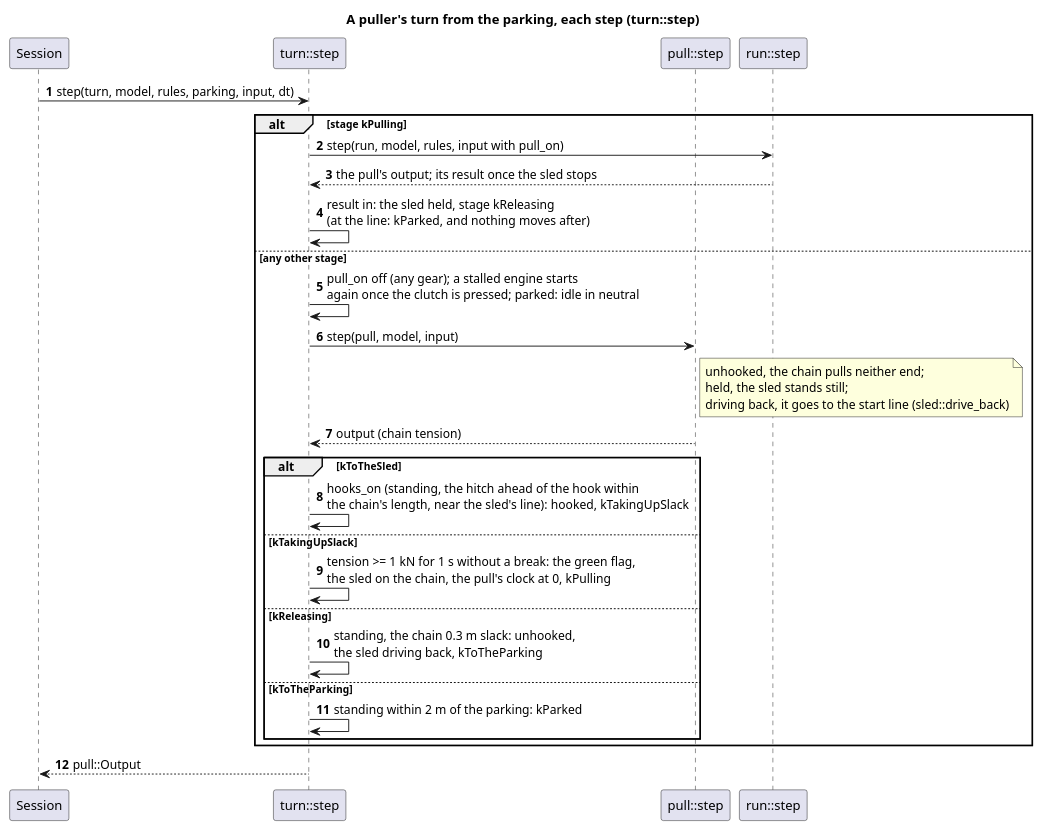
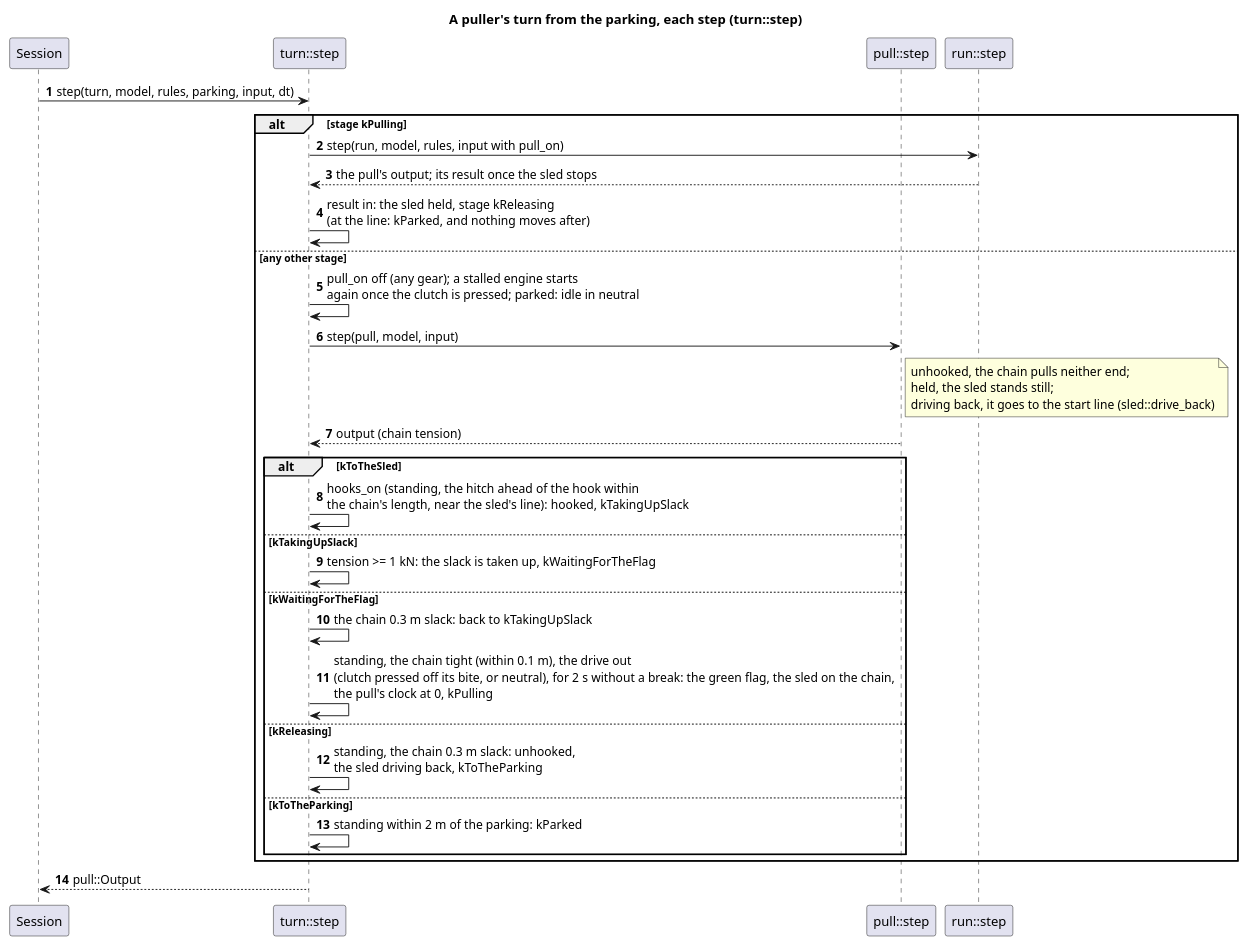
The diagram in docs/diagrams/turn_sequence.puml (wversteeg/TractorPulling), drawn with PlantUML before and after one commit. The commit also changed 15 other files, not shown here.

First line of the commit message:
Stand ready for the green flag instead of creeping into the pull

```diff
--- a/docs/diagrams/turn_sequence.puml
+++ b/docs/diagrams/turn_sequence.puml
@@ -1,34 +1,37 @@
 @startuml turn_sequence
 title A puller's turn from the parking, each step (turn::step)
 autonumber
 participant "Session" as Session
 participant "turn::step" as Turn
 participant "pull::step" as Pull
 participant "run::step" as Run
 
 Session -> Turn : step(turn, model, rules, parking, input, dt)
 alt stage kPulling
   Turn -> Run : step(run, model, rules, input with pull_on)
   Run --> Turn : the pull's output; its result once the sled stops
   Turn -> Turn : result in: the sled held, stage kReleasing\n(at the line: kParked, and nothing moves after)
 else any other stage
   Turn -> Turn : pull_on off (any gear); a stalled engine starts\nagain once the clutch is pressed; parked: idle in neutral
   Turn -> Pull : step(pull, model, input)
   note right of Pull
     unhooked, the chain pulls neither end;
     held, the sled stands still;
     driving back, it goes to the start line (sled::drive_back)
   end note
   Pull --> Turn : output (chain tension)
   alt kToTheSled
     Turn -> Turn : hooks_on (standing, the hitch ahead of the hook within\nthe chain's length, near the sled's line): hooked, kTakingUpSlack
   else kTakingUpSlack
-    Turn -> Turn : tension >= 1 kN for 1 s without a break: the green flag,\nthe sled on the chain, the pull's clock at 0, kPulling
+    Turn -> Turn : tension >= 1 kN: the slack is taken up, kWaitingForTheFlag
+  else kWaitingForTheFlag
+    Turn -> Turn : the chain 0.3 m slack: back to kTakingUpSlack
+    Turn -> Turn : standing, the chain tight (within 0.1 m), the drive out\n(clutch pressed off its bite, or neutral), for 2 s without a break: the green flag, the sled on the chain,\nthe pull's clock at 0, kPulling
   else kReleasing
     Turn -> Turn : standing, the chain 0.3 m slack: unhooked,\nthe sled driving back, kToTheParking
   else kToTheParking
     Turn -> Turn : standing within 2 m of the parking: kParked
   end
 end
 Turn --> Session : pull::Output
 @enduml
```
